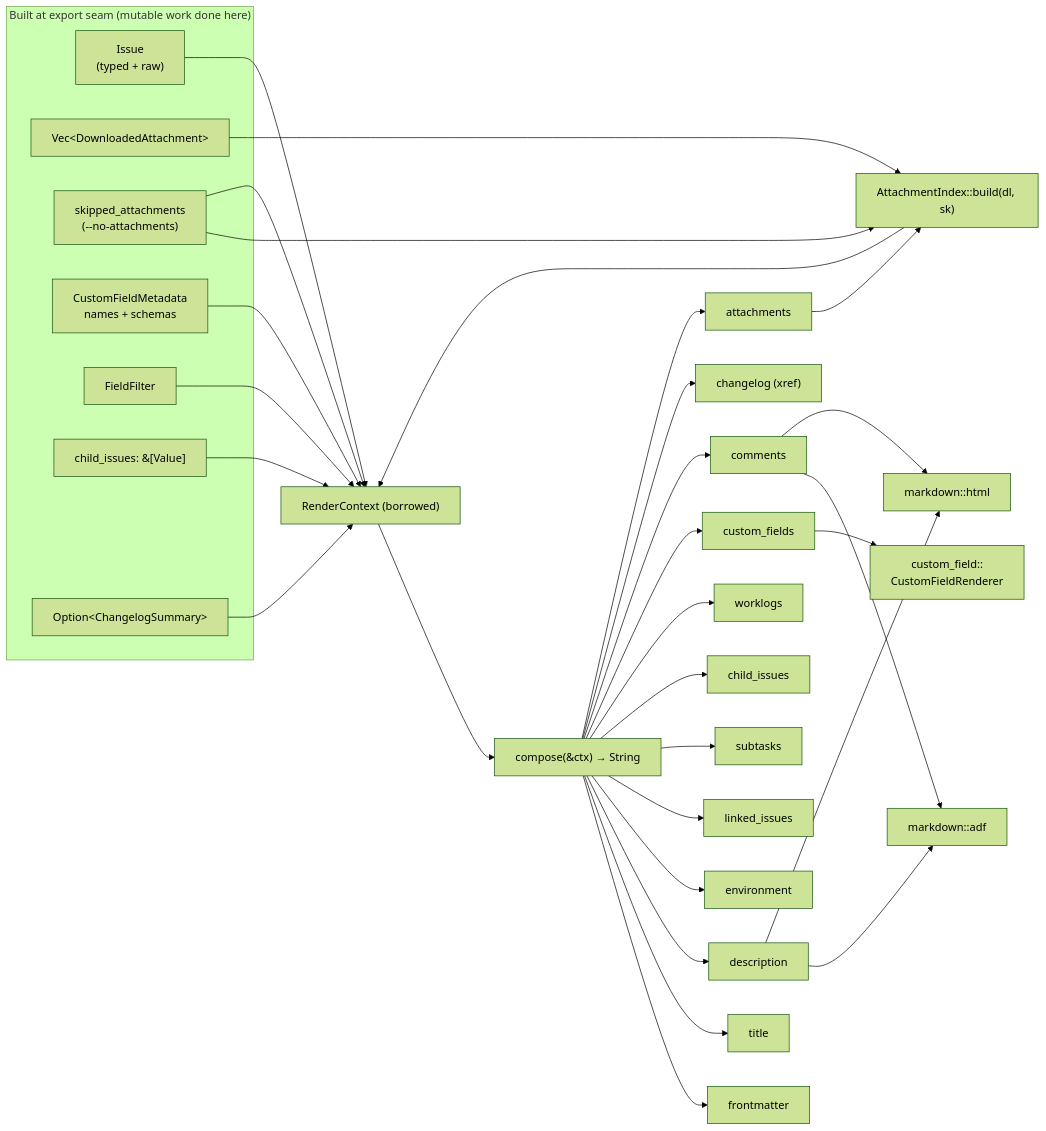
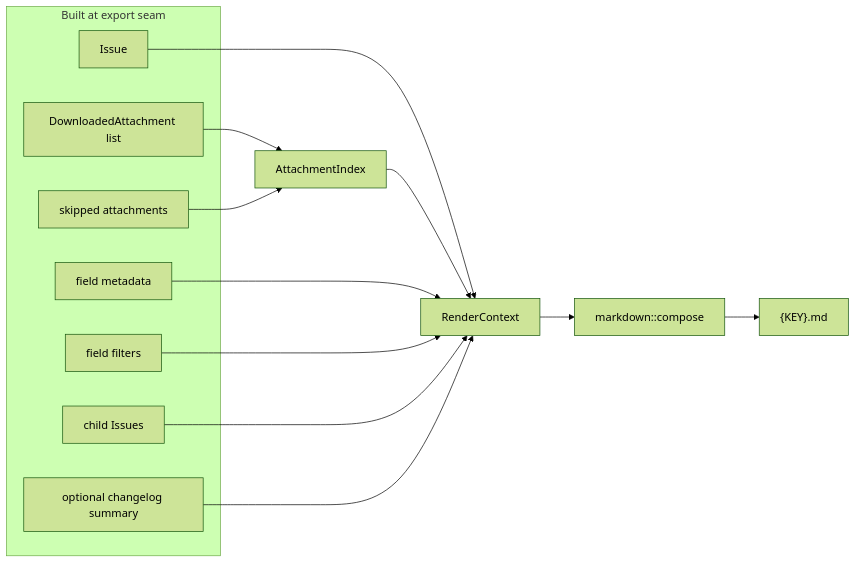
Before and after one commit to dchuk/jarkdown-rs: the seventh of 9 diagrams in docs/architecture.md, drawn with Mermaid (forest theme). The commit also changed other lines of this file and 3 other files, not shown here.

Commit message:
docs: refresh 1.7 architecture and manifest docs

````diff
--- a/docs/architecture.md
+++ b/docs/architecture.md
@@ -291,46 +354,22 @@
 ```mermaid
 flowchart LR
-    subgraph build["Built at export seam (mutable work done here)"]
-        ISS["Issue<br/>(typed + raw)"]
-        DLA["Vec&lt;DownloadedAttachment&gt;"]
-        SKA["skipped_attachments<br/>(--no-attachments)"]
-        CFM["CustomFieldMetadata<br/>names + schemas"]
-        FF["FieldFilter"]
-        CH["child_issues: &amp;[Value]"]
-        CLS["Option&lt;ChangelogSummary&gt;"]
+    subgraph build["Built at export seam"]
+        ISS["Issue"]
+        DLA["DownloadedAttachment list"]
+        SKA["skipped attachments"]
+        CFM["field metadata"]
+        FF["field filters"]
+        CH["child Issues"]
+        CLS["optional changelog summary"]
     end
 
-    RC["RenderContext (borrowed)"]
-    AI["AttachmentIndex::build(dl, sk)"]
-
-    ISS --> RC
-    DLA --> AI --> RC
+    ISS --> RC["RenderContext"]
+    DLA --> AI["AttachmentIndex"] --> RC
     SKA --> AI
-    SKA --> RC
     CFM --> RC
     FF --> RC
     CH --> RC
     CLS --> RC
-
-    RC --> COMPOSE["compose(&amp;ctx) → String"]
-
-    COMPOSE --> S1["frontmatter"]
-    COMPOSE --> S2["title"]
-    COMPOSE --> S3["description"]
-    COMPOSE --> S4["environment"]
-    COMPOSE --> S5["linked_issues"]
-    COMPOSE --> S6["subtasks"]
-    COMPOSE --> S7["child_issues"]
-    COMPOSE --> S8["worklogs"]
-    COMPOSE --> S9["custom_fields"]
-    COMPOSE --> S10["comments"]
-    COMPOSE --> S11["changelog (xref)"]
-    COMPOSE --> S12["attachments"]
-
-    S3 --> ADF[markdown::adf]
-    S3 --> HTML[markdown::html]
-    S10 --> ADF
-    S10 --> HTML
-    S9 --> CFR[custom_field::<br/>CustomFieldRenderer]
-    S12 --> AI
+    RC --> COMPOSE["markdown::compose"]
+    COMPOSE --> MD["{KEY}.md"]
 ```
````
